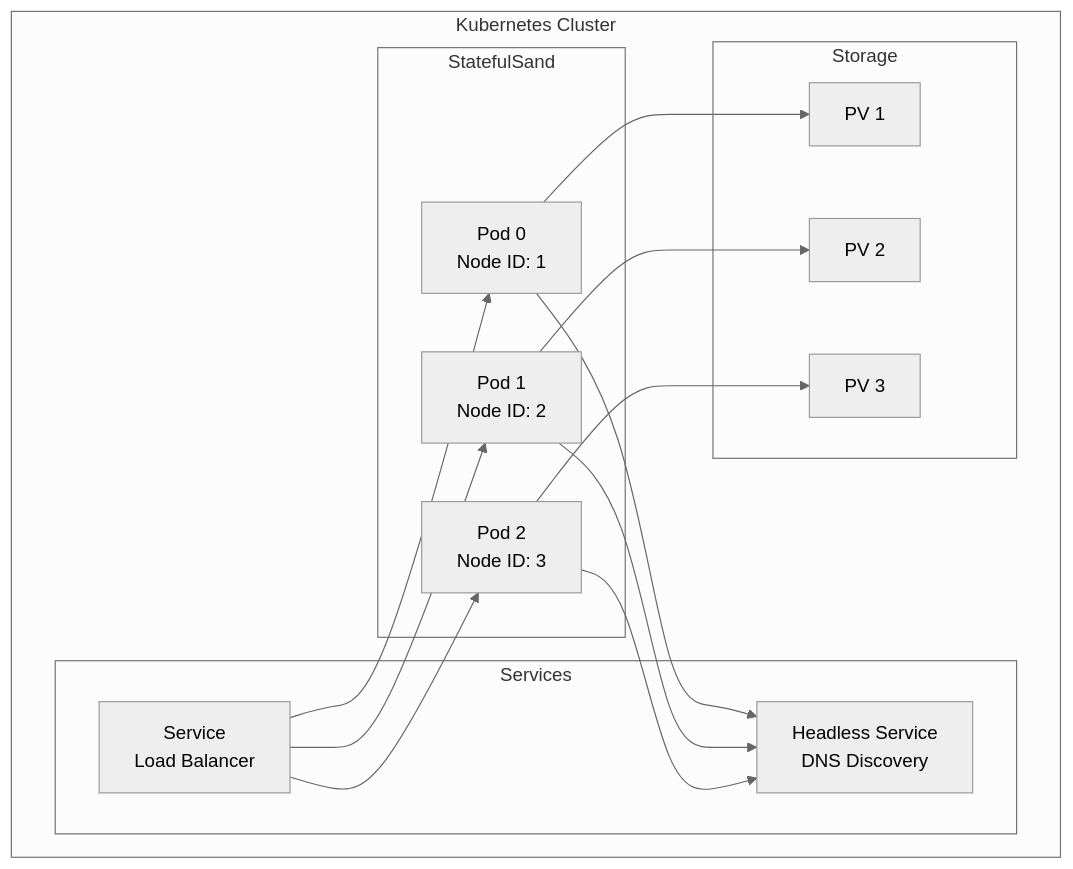
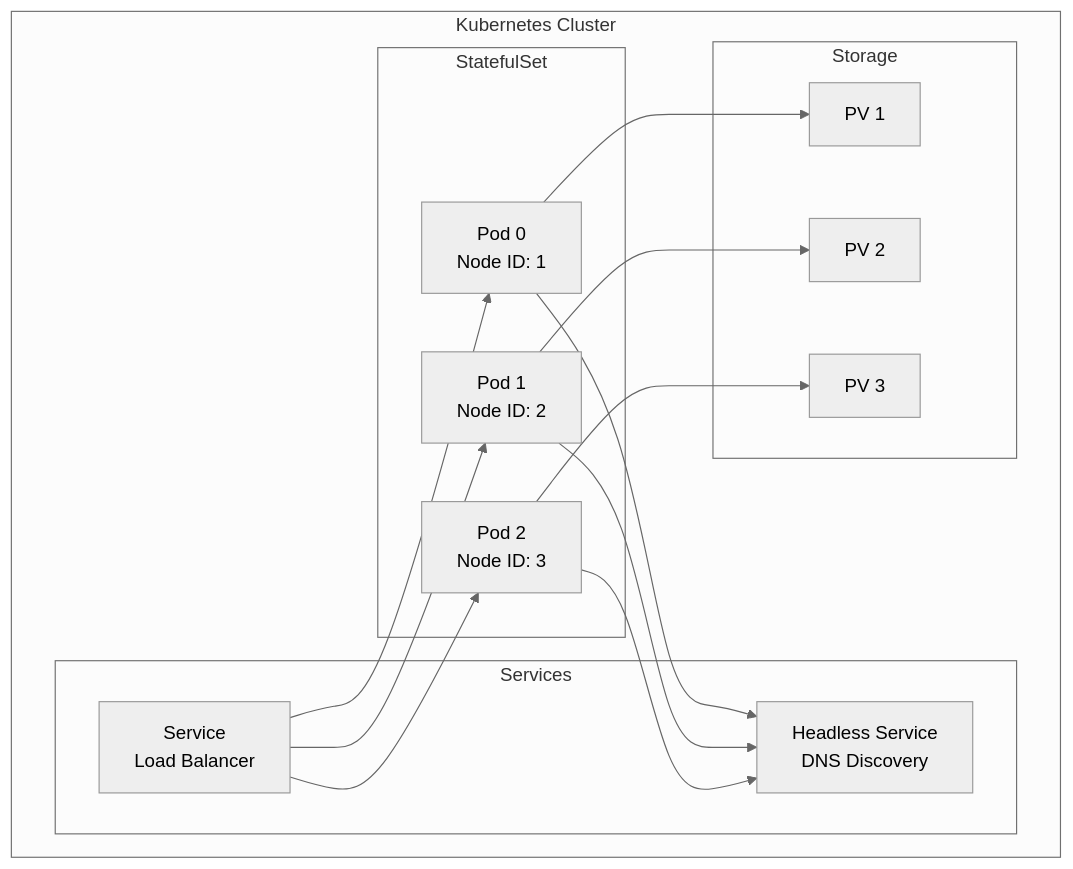
The second of 2 diagrams in docs/deployment.md (formancehq/ledger), drawn with Mermaid (neutral theme) before and after one commit. The commit also changed other lines of this file and 13 other files, not shown here.

````diff
--- a/docs/deployment.md
+++ b/docs/deployment.md
@@ -156,33 +240,33 @@
 ```mermaid
 graph TB
     subgraph "Kubernetes Cluster"
-        subgraph "StatefulSand"
+        subgraph "StatefulSet"
             Pod1[Pod 0<br/>Node ID: 1]
             Pod2[Pod 1<br/>Node ID: 2]
             Pod3[Pod 2<br/>Node ID: 3]
         end
         
         subgraph "Services"
             SVC[Service<br/>Load Balancer]
             Headless[Headless Service<br/>DNS Discovery]
         end
         
         subgraph "Storage"
             PV1[PV 1]
             PV2[PV 2]
             PV3[PV 3]
         end
     end
     
     Pod1 --> Headless
     Pod2 --> Headless
     Pod3 --> Headless
     
     SVC --> Pod1
     SVC --> Pod2
     SVC --> Pod3
     
     Pod1 --> PV1
     Pod2 --> PV2
     Pod3 --> PV3
 ```
````
